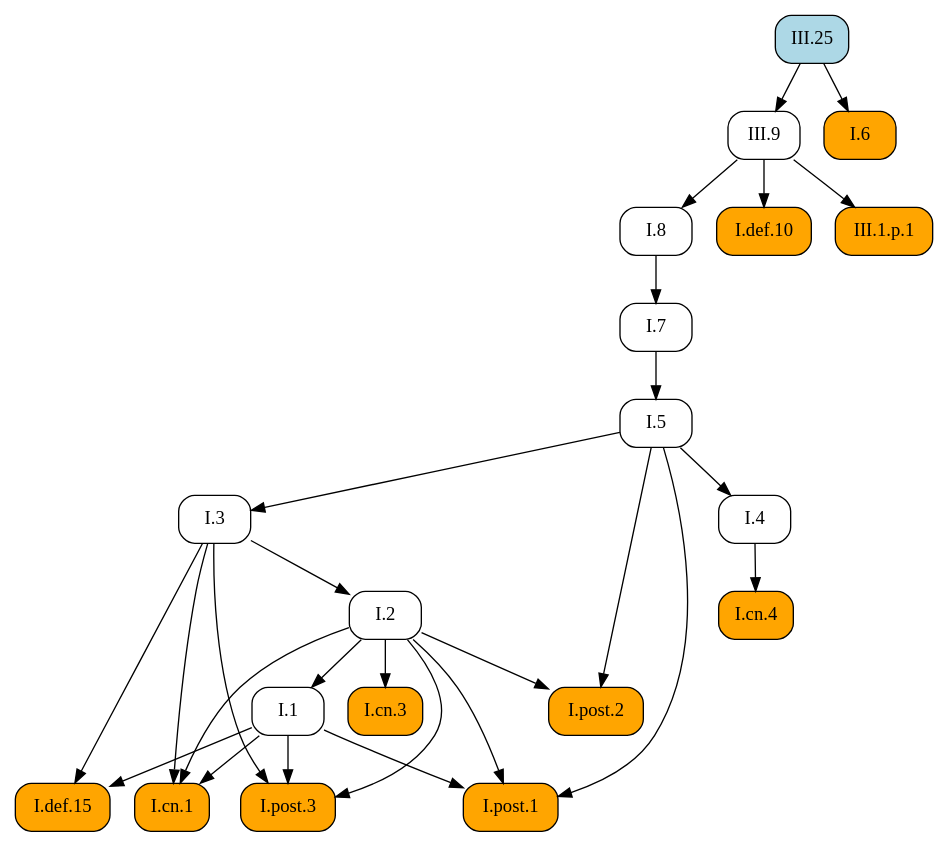
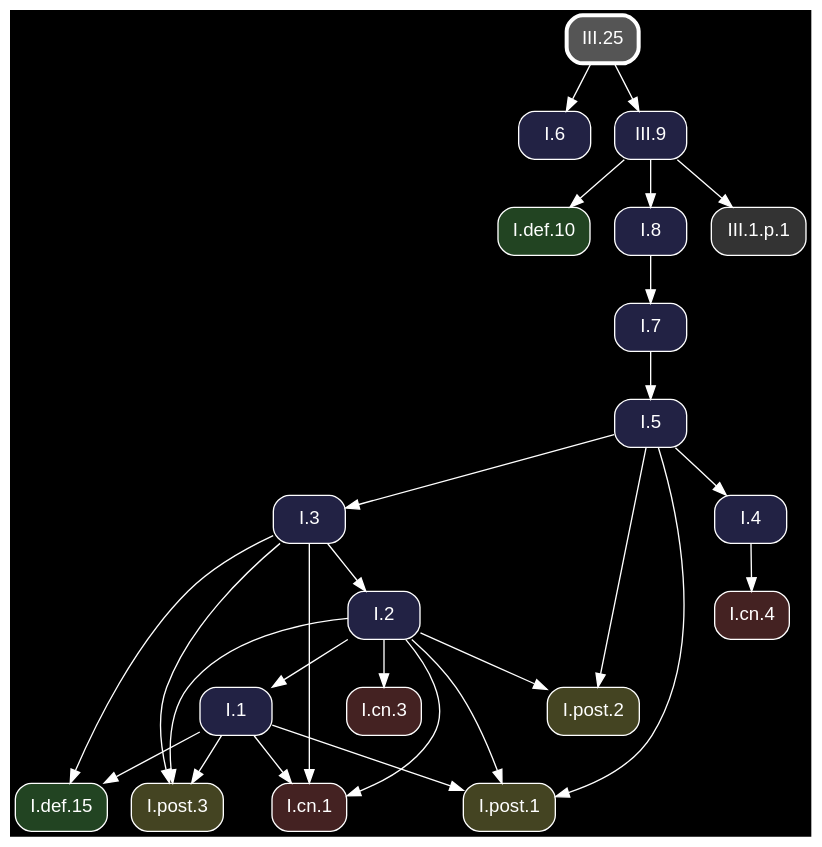
Before and after one commit to geometor/elements: the diagram in docsrc/heath/III/25/index.rst, drawn with Graphviz. The commit also changed other lines of this file and 1200 other files, not shown here.

Commit message:
update dependency graphs

```diff
--- a/docsrc/heath/III/25/index.rst
+++ b/docsrc/heath/III/25/index.rst
@@ -92,51 +92,53 @@
 .. graphviz::
 
    digraph {
+     bgcolor="black";
+     node [shape=box, style="rounded,filled", fontname="Helvetica", color="white", fontcolor="white"];
+     edge [color="white", fontcolor="white"];
      rankdir="TB";
-     node [shape=box, style=rounded];
-     "I.cn.1" [style="rounded,filled", fillcolor=orange, URL="/heath/I/cn.1/", target="_top"];
-     "I.7" [URL="/heath/I/7/", target="_top"];
-     "I.2" [URL="/heath/I/2/", target="_top"];
-     "I.def.15" [style="rounded,filled", fillcolor=orange, URL="/heath/I/def.15/", target="_top"];
-     "I.4" [URL="/heath/I/4/", target="_top"];
-     "I.1" [URL="/heath/I/1/", target="_top"];
-     "I.5" [URL="/heath/I/5/", target="_top"];
-     "I.post.1" [style="rounded,filled", fillcolor=orange, URL="/heath/I/post.1/", target="_top"];
-     "I.8" [URL="/heath/I/8/", target="_top"];
-     "I.post.3" [style="rounded,filled", fillcolor=orange, URL="/heath/I/post.3/", target="_top"];
-     "I.cn.3" [style="rounded,filled", fillcolor=orange, URL="/heath/I/cn.3/", target="_top"];
-     "I.def.10" [style="rounded,filled", fillcolor=orange, URL="/heath/I/def.10/", target="_top"];
-     "III.9" [URL="/heath/III/9/", target="_top"];
-     "III.1.p.1" [style="rounded,filled", fillcolor=orange];
-     "I.6" [style="rounded,filled", fillcolor=orange, URL="/heath/I/6/", target="_top"];
-     "III.25" [style="rounded,filled", fillcolor=lightblue, URL="/heath/III/25/", target="_top"];
-     "I.cn.4" [style="rounded,filled", fillcolor=orange, URL="/heath/I/cn.4/", target="_top"];
-     "I.post.2" [style="rounded,filled", fillcolor=orange, URL="/heath/I/post.2/", target="_top"];
-     "I.3" [URL="/heath/I/3/", target="_top"];
+     "I.6" [fillcolor="#222244", URL="/heath/I/6/", target="_top"];
+     "I.3" [fillcolor="#222244", URL="/heath/I/3/", target="_top"];
+     "I.post.1" [fillcolor="#444422", URL="/heath/I/post.1/", target="_top"];
+     "I.cn.1" [fillcolor="#442222", URL="/heath/I/cn.1/", target="_top"];
+     "I.def.10" [fillcolor="#224422", URL="/heath/I/def.10/", target="_top"];
+     "III.9" [fillcolor="#222244", URL="/heath/III/9/", target="_top"];
+     "I.cn.3" [fillcolor="#442222", URL="/heath/I/cn.3/", target="_top"];
+     "I.post.2" [fillcolor="#444422", URL="/heath/I/post.2/", target="_top"];
+     "I.2" [fillcolor="#222244", URL="/heath/I/2/", target="_top"];
+     "I.cn.4" [fillcolor="#442222", URL="/heath/I/cn.4/", target="_top"];
+     "III.25" [penwidth=3, color="white", fillcolor="#555555", URL="/heath/III/25/", target="_top"];
+     "I.1" [fillcolor="#222244", URL="/heath/I/1/", target="_top"];
+     "I.8" [fillcolor="#222244", URL="/heath/I/8/", target="_top"];
+     "I.4" [fillcolor="#222244", URL="/heath/I/4/", target="_top"];
+     "I.post.3" [fillcolor="#444422", URL="/heath/I/post.3/", target="_top"];
+     "III.1.p.1" [fillcolor="#333333"];
+     "I.7" [fillcolor="#222244", URL="/heath/I/7/", target="_top"];
+     "I.def.15" [fillcolor="#224422", URL="/heath/I/def.15/", target="_top"];
+     "I.5" [fillcolor="#222244", URL="/heath/I/5/", target="_top"];
+     "III.25" -> "I.6";
+     "I.5" -> "I.3";
+     "I.1" -> "I.post.1";
+     "I.2" -> "I.post.1";
+     "I.5" -> "I.post.1";
      "I.1" -> "I.cn.1";
      "I.2" -> "I.cn.1";
      "I.3" -> "I.cn.1";
-     "I.8" -> "I.7";
+     "III.9" -> "I.def.10";
+     "III.25" -> "III.9";
+     "I.2" -> "I.cn.3";
+     "I.2" -> "I.post.2";
+     "I.5" -> "I.post.2";
      "I.3" -> "I.2";
-     "I.1" -> "I.def.15";
-     "I.3" -> "I.def.15";
+     "I.4" -> "I.cn.4";
+     "I.2" -> "I.1";
+     "III.9" -> "I.8";
      "I.5" -> "I.4";
-     "I.2" -> "I.1";
-     "I.7" -> "I.5";
-     "I.1" -> "I.post.1";
-     "I.2" -> "I.post.1";
-     "I.5" -> "I.post.1";
-     "III.9" -> "I.8";
      "I.1" -> "I.post.3";
      "I.2" -> "I.post.3";
      "I.3" -> "I.post.3";
-     "I.2" -> "I.cn.3";
-     "III.9" -> "I.def.10";
-     "III.25" -> "III.9";
      "III.9" -> "III.1.p.1";
-     "III.25" -> "I.6";
-     "I.4" -> "I.cn.4";
-     "I.2" -> "I.post.2";
-     "I.5" -> "I.post.2";
-     "I.5" -> "I.3";
+     "I.8" -> "I.7";
+     "I.1" -> "I.def.15";
+     "I.3" -> "I.def.15";
+     "I.7" -> "I.5";
    }
```
